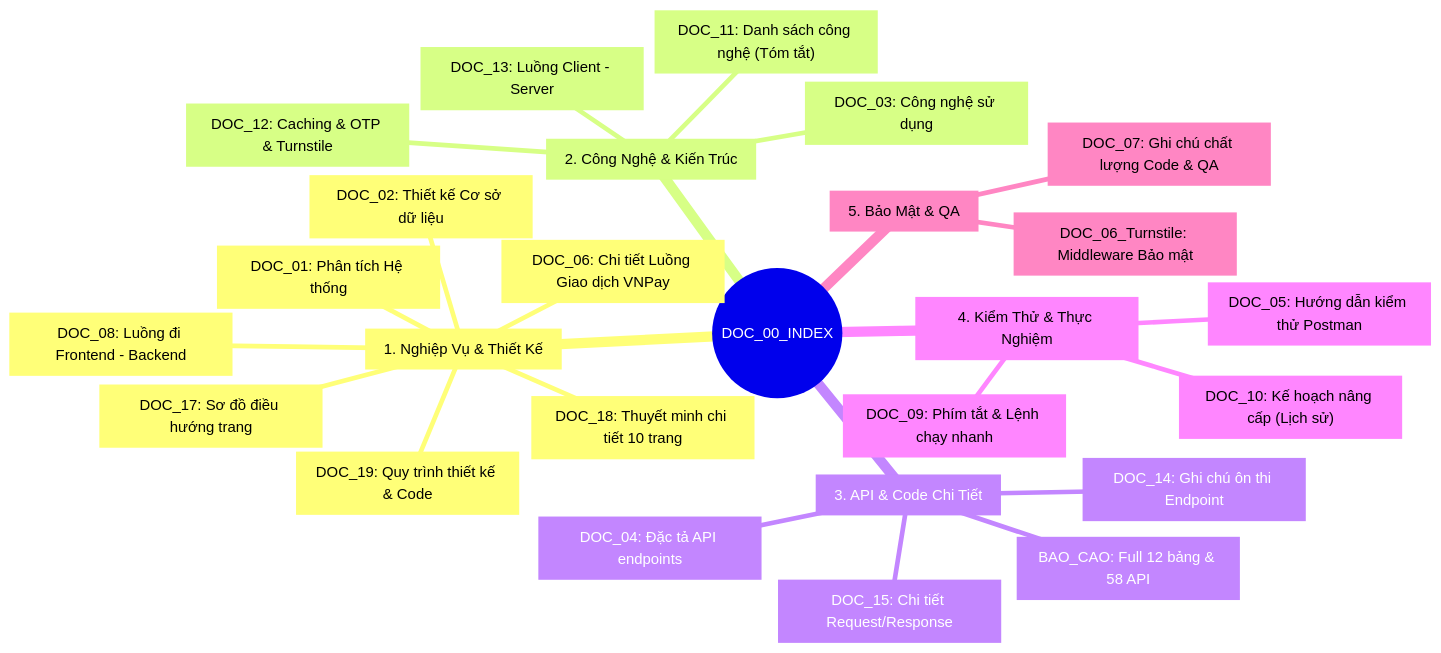
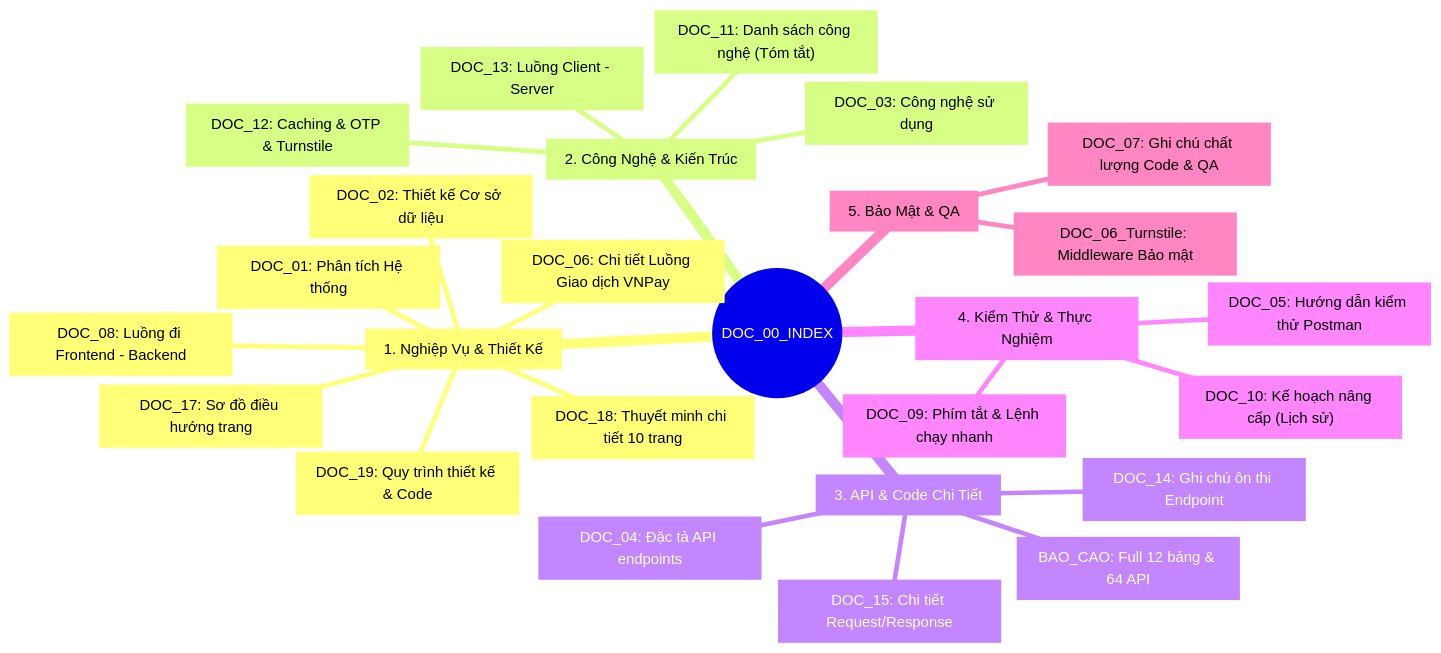
Before and after one commit to yqhuouc/HealthCare: the diagram in docx/DOC_00_INDEX.md, drawn with Mermaid. The commit also changed other lines of this file and 4 other files, not shown here.

````diff
--- a/docx/DOC_00_INDEX.md
+++ b/docx/DOC_00_INDEX.md
@@ -12,29 +12,29 @@
 ```mermaid
 mindmap
   root((DOC_00_INDEX))
     NghiepVu_ThietKe["1. Nghiệp Vụ & Thiết Kế"]
       DOC_01_SYSTEM_ANALYSIS["DOC_01: Phân tích Hệ thống"]
       DOC_02_DATABASE_DESIGN["DOC_02: Thiết kế Cơ sở dữ liệu"]
       DOC_08_FUNCTION_FLOW["DOC_08: Luồng đi Frontend - Backend"]
       DOC_06_PAYMENT_FLOW["DOC_06: Chi tiết Luồng Giao dịch VNPay"]
       DOC_17_SITEMAP["DOC_17: Sơ đồ điều hướng trang"]
       DOC_18_THUYET_MINH_10_TRANG["DOC_18: Thuyết minh chi tiết 10 trang"]
       DOC_19_QUY_TRINH_THIET_KE_CODE["DOC_19: Quy trình thiết kế & Code"]
     CongNghe_KienTruc["2. Công Nghệ & Kiến Trúc"]
       DOC_03_TECH_STACK["DOC_03: Công nghệ sử dụng"]
       DOC_11_TECH_LIST["DOC_11: Danh sách công nghệ (Tóm tắt)"]
       DOC_12_CACHE_SECURITY["DOC_12: Caching & OTP & Turnstile"]
       DOC_13_CLIENT_SERVER_FLOW_GUIDE["DOC_13: Luồng Client - Server"]
     API_ChiTiet["3. API & Code Chi Tiết"]
       DOC_04_API_SPECIFICATION["DOC_04: Đặc tả API endpoints"]
       DOC_14_ENDPOINT_STUDY_NOTES["DOC_14: Ghi chú ôn thi Endpoint"]
       DOC_15_API_STEP_BY_STEP["DOC_15: Chi tiết Request/Response"]
-      BAO_CAO_DU_AN_CHI_TIET["BAO_CAO: Full 12 bảng & 58 API"]
+      BAO_CAO_DU_AN_CHI_TIET["BAO_CAO: Full 12 bảng & 64 API"]
     KiemThu_VanHanh["4. Kiểm Thử & Thực Nghiệm"]
       DOC_05_TESTING_GUIDE["DOC_05: Hướng dẫn kiểm thử Postman"]
       DOC_09_CHEATSHEET["DOC_09: Phím tắt & Lệnh chạy nhanh"]
       DOC_10_PAYMENT_IMPLEMENTATION_PLAN["DOC_10: Kế hoạch nâng cấp (Lịch sử)"]
     BaoMat_ChatLuongCode["5. Bảo Mật & QA"]
       DOC_06_SECURITY_TURNSTILE["DOC_06_Turnstile: Middleware Bảo mật"]
       DOC_07_CODE_QA_NOTES["DOC_07: Ghi chú chất lượng Code & QA"]
 ```
````
